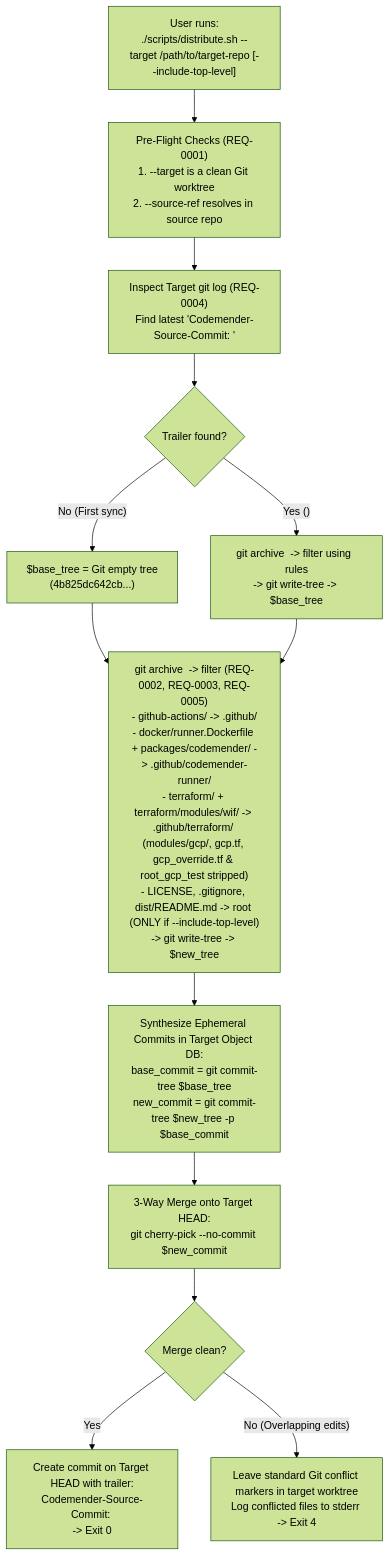
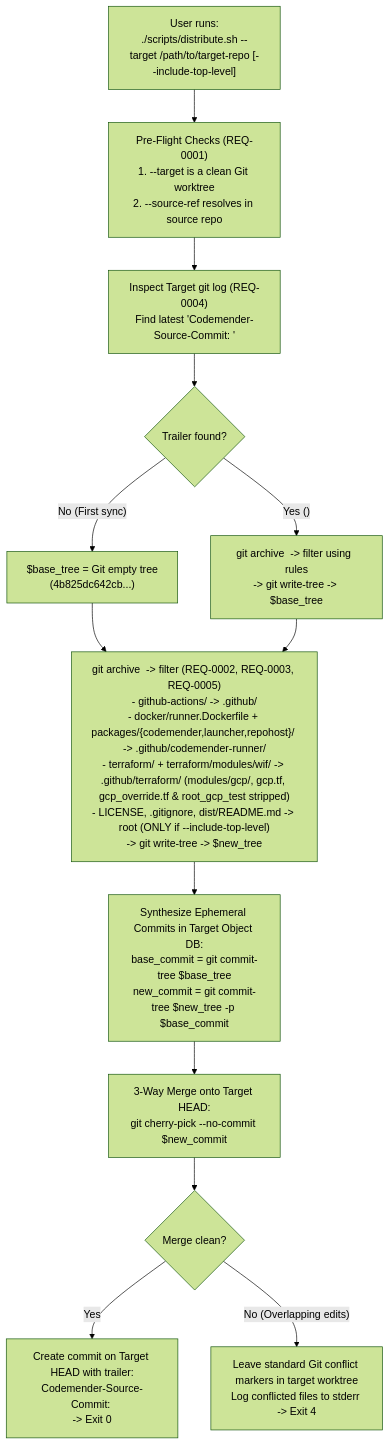
Before and after one commit to avnit/codemender-runner-mcp: the first of 2 diagrams in docs/openspec/specs/distribute/design.md, drawn with Mermaid (forest theme). The commit also changed other lines of this file and 27 other files, not shown here.

First line of the commit message:
feat(repohost): migrate repository host modules to packages/repohost (b/573603036) (#62)

````diff
--- a/docs/openspec/specs/distribute/design.md
+++ b/docs/openspec/specs/distribute/design.md
@@ -243,39 +251,39 @@
 ```mermaid
 flowchart TD
     start["User runs:
 ./scripts/distribute.sh --target /path/to/target-repo [--include-top-level]"]
     preflight["Pre-Flight Checks (REQ-0001)
 1. --target is a clean Git worktree
 2. --source-ref resolves in source repo"]
     trailer["Inspect Target git log (REQ-0004)
 Find latest 'Codemender-Source-Commit: <prev_sha>'"]
     hasTrailer{"Trailer found?"}
     emptyBase["$base_tree = Git empty tree
 (4b825dc642cb...)"]
     stageBase["git archive <prev_sha> -> filter using <prev_sha> rules
 -> git write-tree -> $base_tree"]
     stageNew["git archive <source_ref> -> filter (REQ-0002, REQ-0003, REQ-0005)
 - github-actions/ -> .github/
-- docker/runner.Dockerfile + packages/codemender/ -> .github/codemender-runner/
+- docker/runner.Dockerfile + packages/{codemender,launcher,repohost}/ -> .github/codemender-runner/
 - terraform/ + terraform/modules/wif/ -> .github/terraform/ (modules/gcp/, gcp.tf, gcp_override.tf & root_gcp_test stripped)
 - LICENSE, .gitignore, dist/README.md -> root (ONLY if --include-top-level)
 -> git write-tree -> $new_tree"]
     synth["Synthesize Ephemeral Commits in Target Object DB:
 base_commit = git commit-tree $base_tree
 new_commit = git commit-tree $new_tree -p $base_commit"]
     merge["3-Way Merge onto Target HEAD:
 git cherry-pick --no-commit $new_commit"]
     conflict{"Merge clean?"}
     done["Create commit on Target HEAD with trailer:
 Codemender-Source-Commit: <source_sha>
 -> Exit 0"]
     exit4["Leave standard Git conflict markers in target worktree
 Log conflicted files to stderr -> Exit 4"]
 
     start --> preflight --> trailer --> hasTrailer
     hasTrailer -->|"No (First sync)"| emptyBase --> stageNew
     hasTrailer -->|"Yes (<prev_sha>)"| stageBase --> stageNew
     stageNew --> synth --> merge --> conflict
     conflict -->|"Yes"| done
     conflict -->|"No (Overlapping edits)"| exit4
 ```
````
